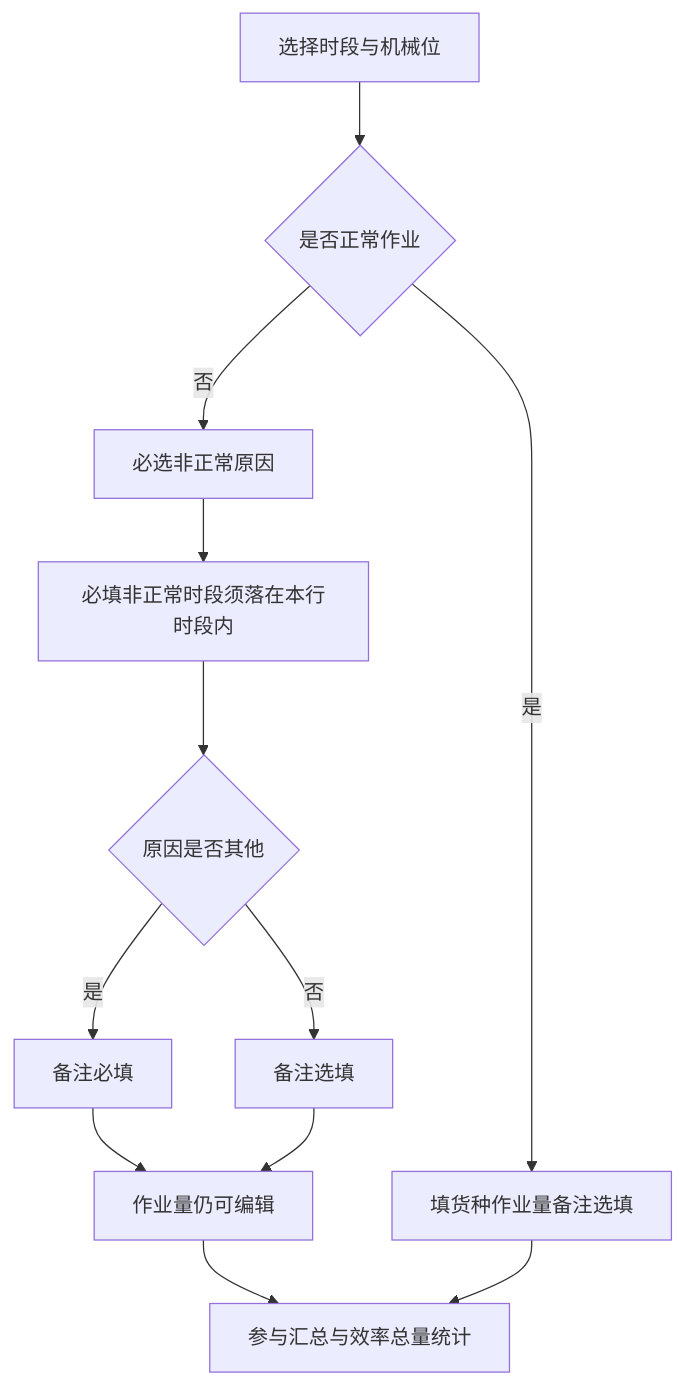
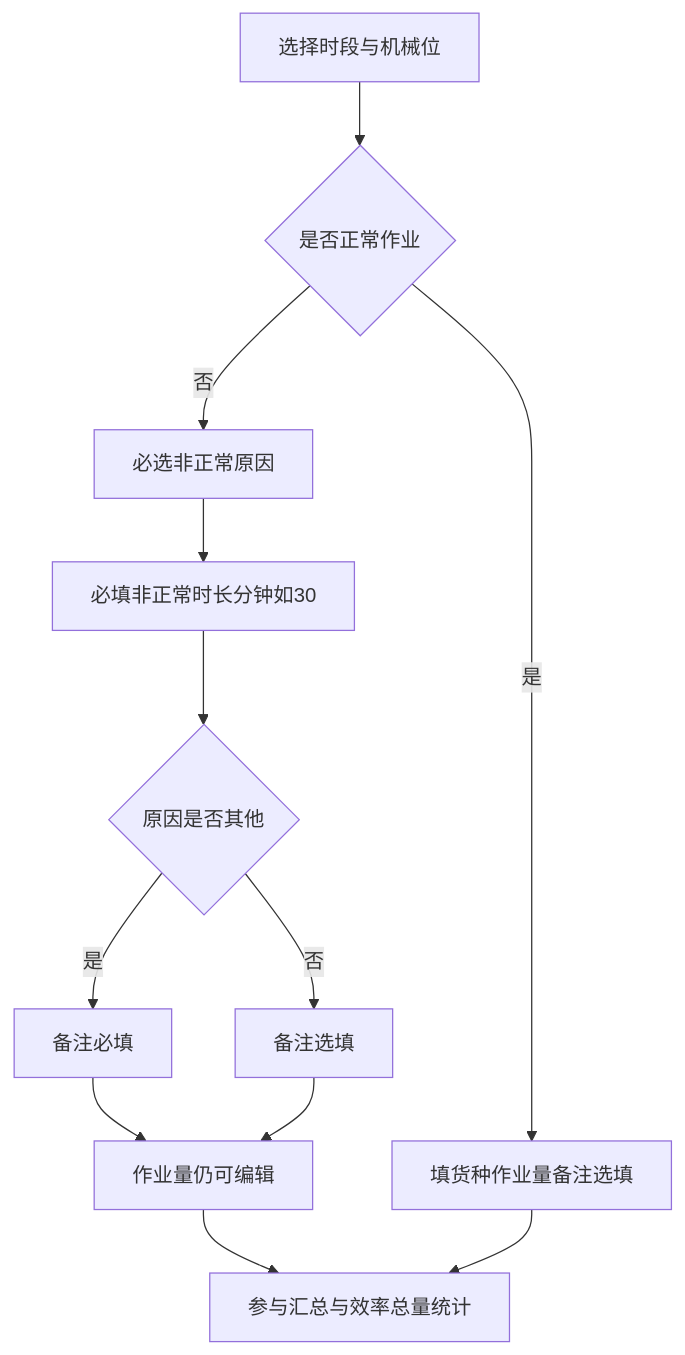
The second of 9 diagrams in docs/versions/v1.0.0/prd.md (liaoliao66/TOS), drawn with Mermaid before and after one commit. The commit also changed other lines of this file and 13 other files, not shown here.

````diff
--- a/docs/versions/v1.0.0/prd.md
+++ b/docs/versions/v1.0.0/prd.md
@@ -178,14 +183,14 @@
 ```mermaid
 flowchart TD
     A[选择时段与机械位] --> B{是否正常作业}
     B -->|是| C[填货种作业量备注选填]
     B -->|否| D[必选非正常原因]
-    D --> D1[必填非正常时段须落在本行时段内]
+    D --> D1[必填非正常时长分钟如30]
     D1 --> D2{原因是否其他}
     D2 -->|是| D3[备注必填]
     D2 -->|否| E[备注选填]
     D3 --> F[作业量仍可编辑]
     E --> F
     F --> G[参与汇总与效率总量统计]
     C --> G
 ```
````
